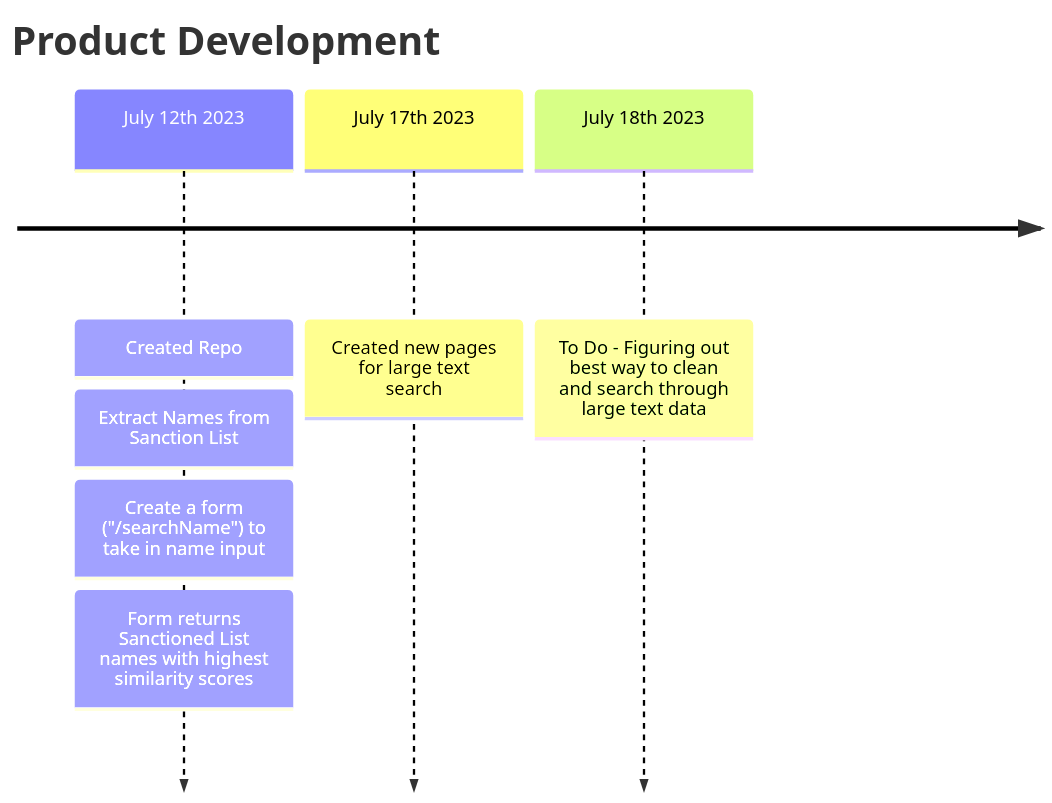
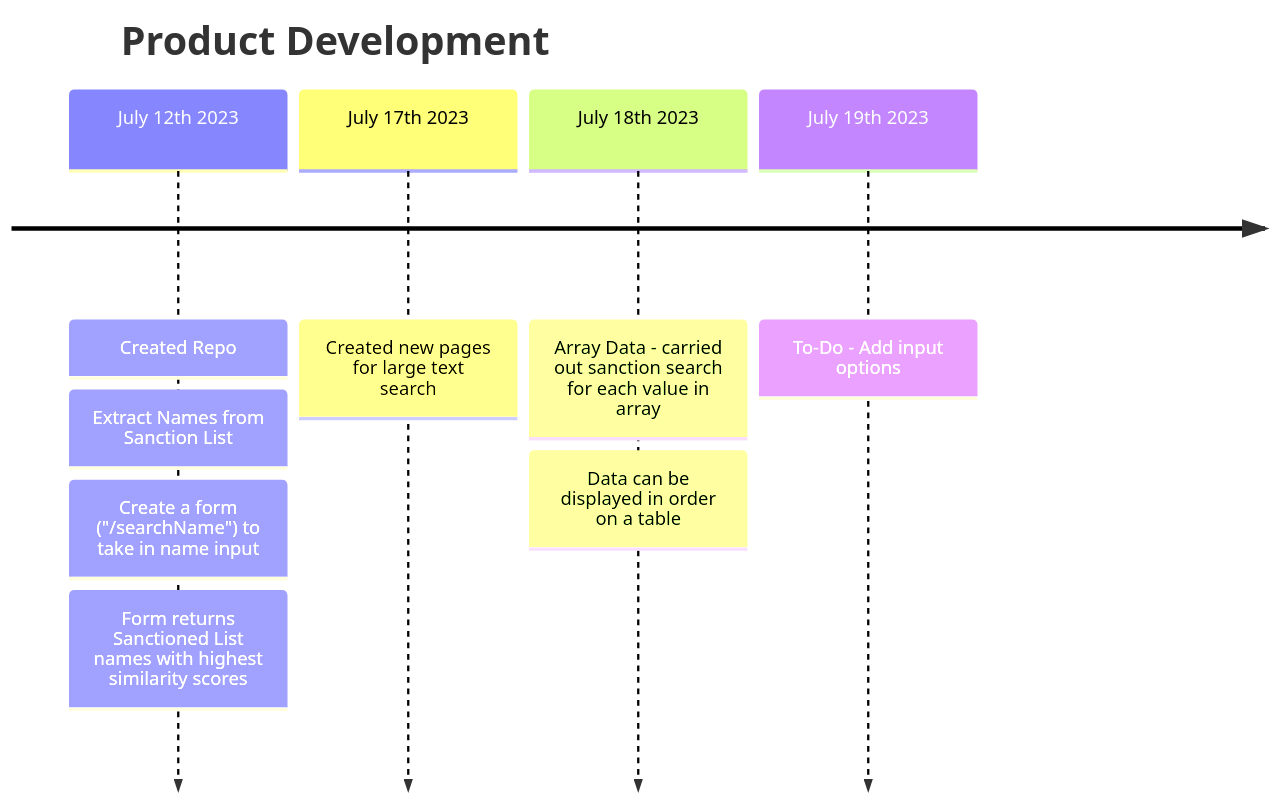
One commit to james-csy/sanctionlistchecker changed the diagram in README.md. Above: the diagram before and after it, drawn with Mermaid.

````diff
--- a/README.md
+++ b/README.md
@@ -6,7 +6,8 @@
 ```mermaid
 timeline
     title Product Development
     July 12th 2023: Created Repo: Extract Names from Sanction List: Create a form ("/searchName") to take in name input: Form returns Sanctioned List names with highest similarity scores
     July 17th 2023: Created new pages for large text search
-    July 18th 2023: To Do - Figuring out best way to clean and search through large text data
+    July 18th 2023: Array Data - carried out sanction search for each value in array: Data can be displayed in order on a table
+    July 19th 2023: To-Do - Add input options
 ```
````
